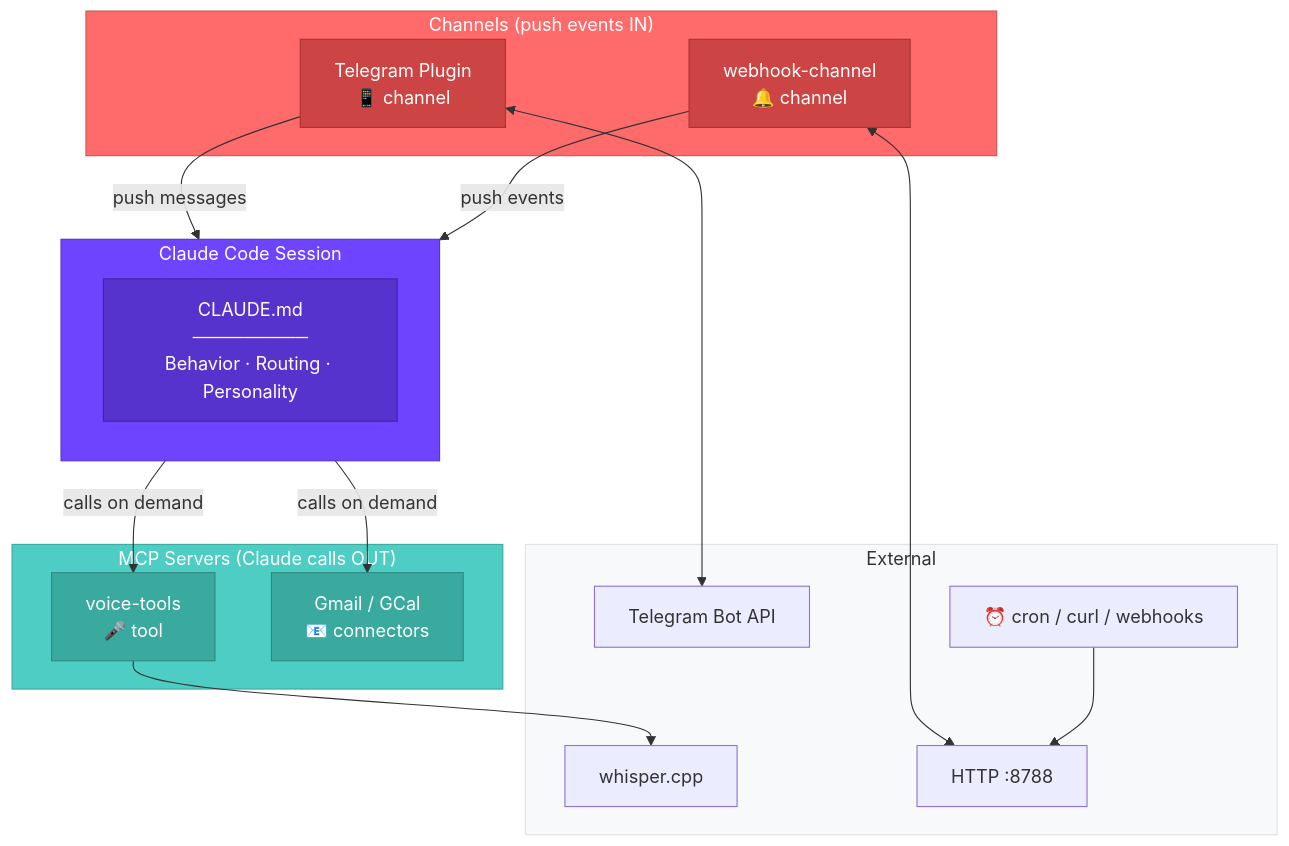
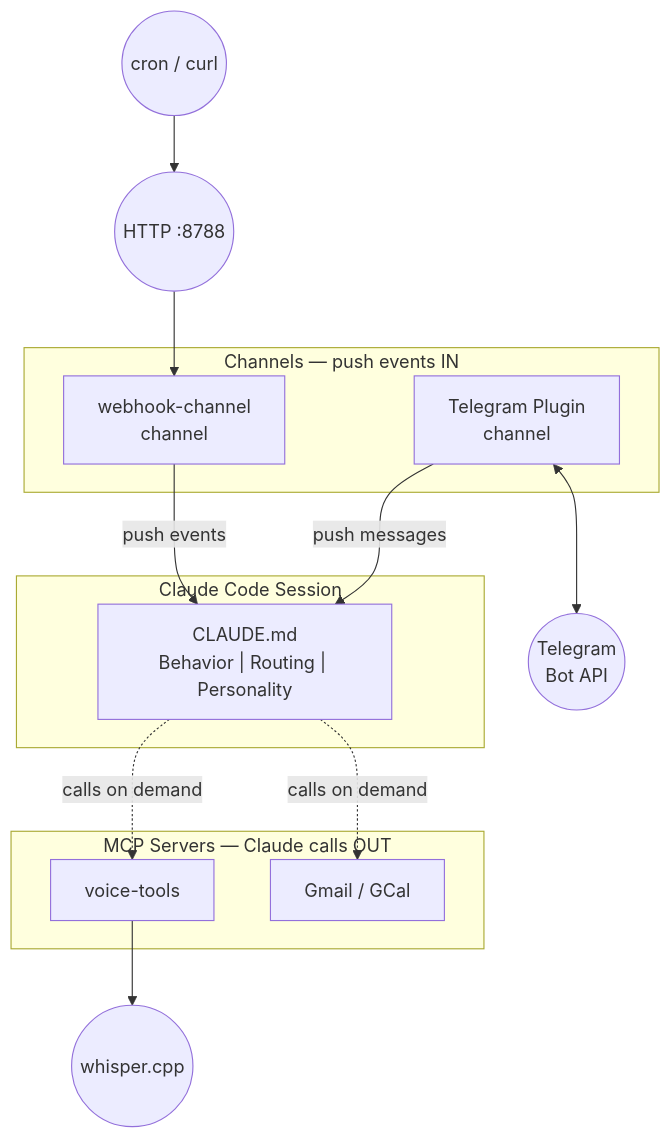
One commit to jason-c-dev/claude-channels changed the diagram in README.md. Above: the diagram before and after it, drawn with Mermaid.

Commit message:
Fix Mermaid diagram rendering
Use <br/> instead of \n, remove emojis from node labels,
drop custom colors to work with both light and dark themes.

````diff
--- a/README.md
+++ b/README.md
@@ -39,42 +39,30 @@
 ```mermaid
 graph TB
-    subgraph session["Claude Code Session"]
-        claude["CLAUDE.md\n─────────\nBehavior · Routing · Personality"]
+    subgraph channels [" Channels — push events IN "]
+        telegram["Telegram Plugin<br/>channel"]
+        webhook["webhook-channel<br/>channel"]
     end
 
-    subgraph channels["Channels (push events IN)"]
-        telegram["Telegram Plugin\n📱 channel"]
-        webhook["webhook-channel\n🔔 channel"]
+    subgraph session [" Claude Code Session "]
+        claude["CLAUDE.md<br/>Behavior | Routing | Personality"]
     end
 
-    subgraph tools["MCP Servers (Claude calls OUT)"]
-        voice["voice-tools\n🎤 tool"]
-        gmail["Gmail / GCal\n📧 connectors"]
+    subgraph tools [" MCP Servers — Claude calls OUT "]
+        voice["voice-tools"]
+        gmail["Gmail / GCal"]
     end
 
-    subgraph external["External"]
-        tgapi["Telegram Bot API"]
-        whisper["whisper.cpp"]
-        http["HTTP :8788"]
-        cron["⏰ cron / curl / webhooks"]
-    end
+    tgapi(("Telegram<br/>Bot API"))
+    whisper(("whisper.cpp"))
+    http(("HTTP :8788"))
+    cron(("cron / curl"))
 
-    telegram -- "push messages" --> session
-    webhook -- "push events" --> session
-    session -- "calls on demand" --> voice
-    session -- "calls on demand" --> gmail
+    telegram -- "push messages" --> claude
+    webhook -- "push events" --> claude
+    claude -. "calls on demand" .-> voice
+    claude -. "calls on demand" .-> gmail
     telegram <--> tgapi
     voice --> whisper
-    webhook <--> http
+    http --> webhook
     cron --> http
-
-    style session fill:#6e44ff,stroke:#5533cc,color:#fff
-    style channels fill:#ff6b6b,stroke:#cc5555,color:#fff
-    style tools fill:#4ecdc4,stroke:#3baa9e,color:#fff
-    style external fill:#f8f9fa,stroke:#dee2e6,color:#333
-    style claude fill:#5533cc,stroke:#4422aa,color:#fff
-    style telegram fill:#cc4444,stroke:#aa3333,color:#fff
-    style webhook fill:#cc4444,stroke:#aa3333,color:#fff
-    style voice fill:#3baa9e,stroke:#2d8a82,color:#fff
-    style gmail fill:#3baa9e,stroke:#2d8a82,color:#fff
 ```
````
